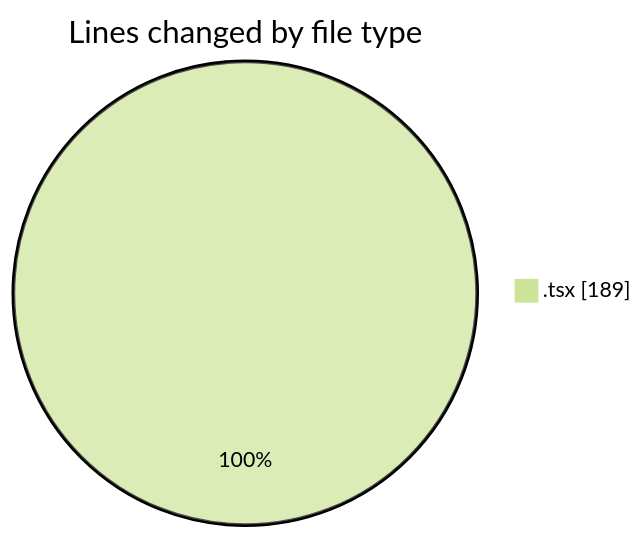
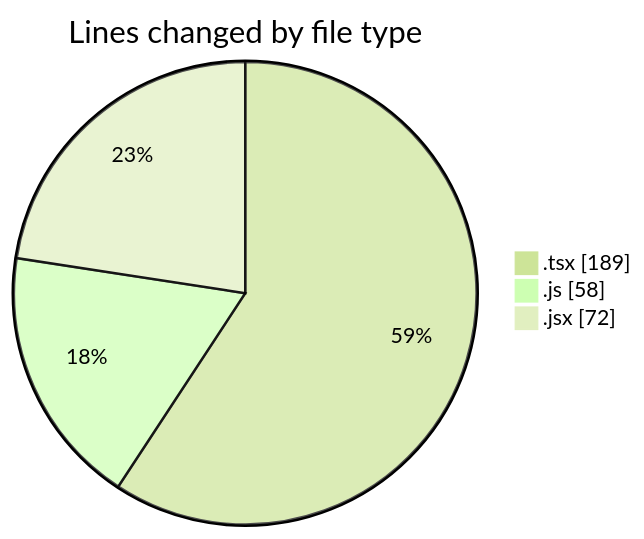
The first of 2 diagrams in 2025-05-08/cda/README.md (momahboobian/code-tracking), drawn with Mermaid (forest theme) before and after one commit. The commit also changed other lines of this file and 1 other file, not shown here.

````diff
--- a/2025-05-08/cda/README.md
+++ b/2025-05-08/cda/README.md
@@ -20,5 +22,7 @@
 ```mermaid
 pie showData
 title Lines changed by file type
 ".tsx" : 189
+".js" : 58
+".jsx" : 72
 ```
````
